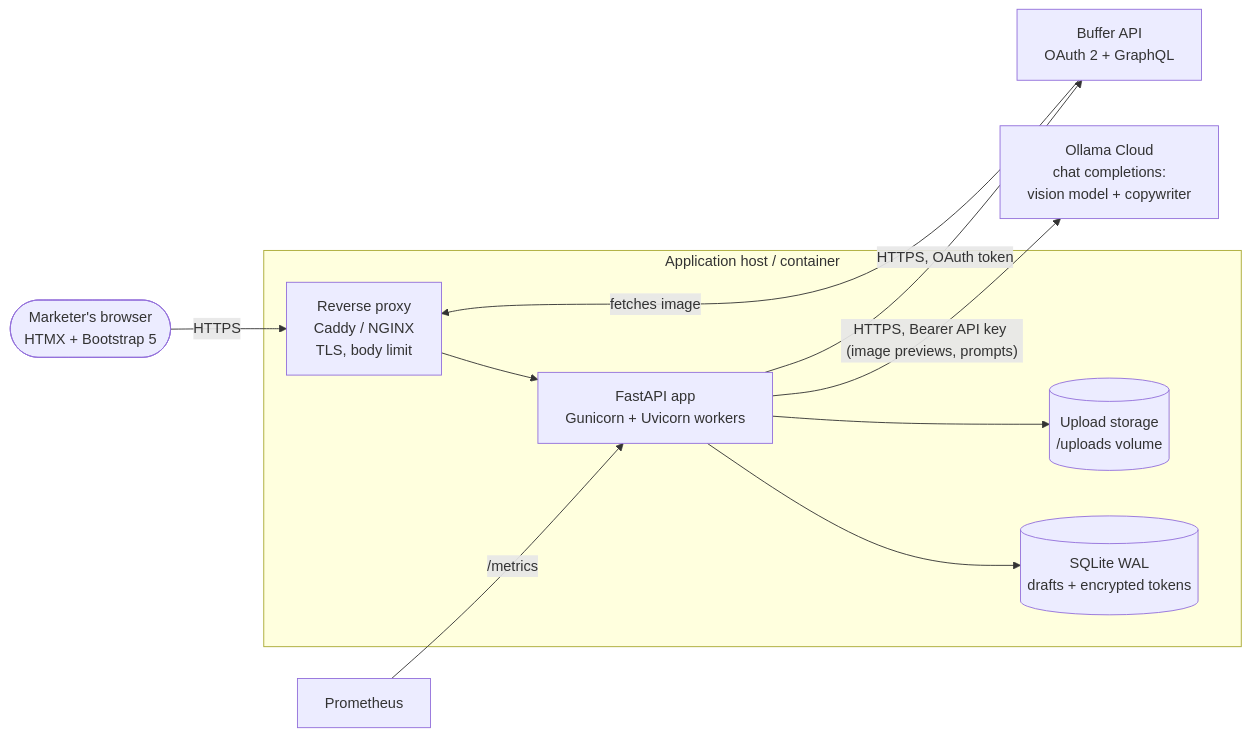
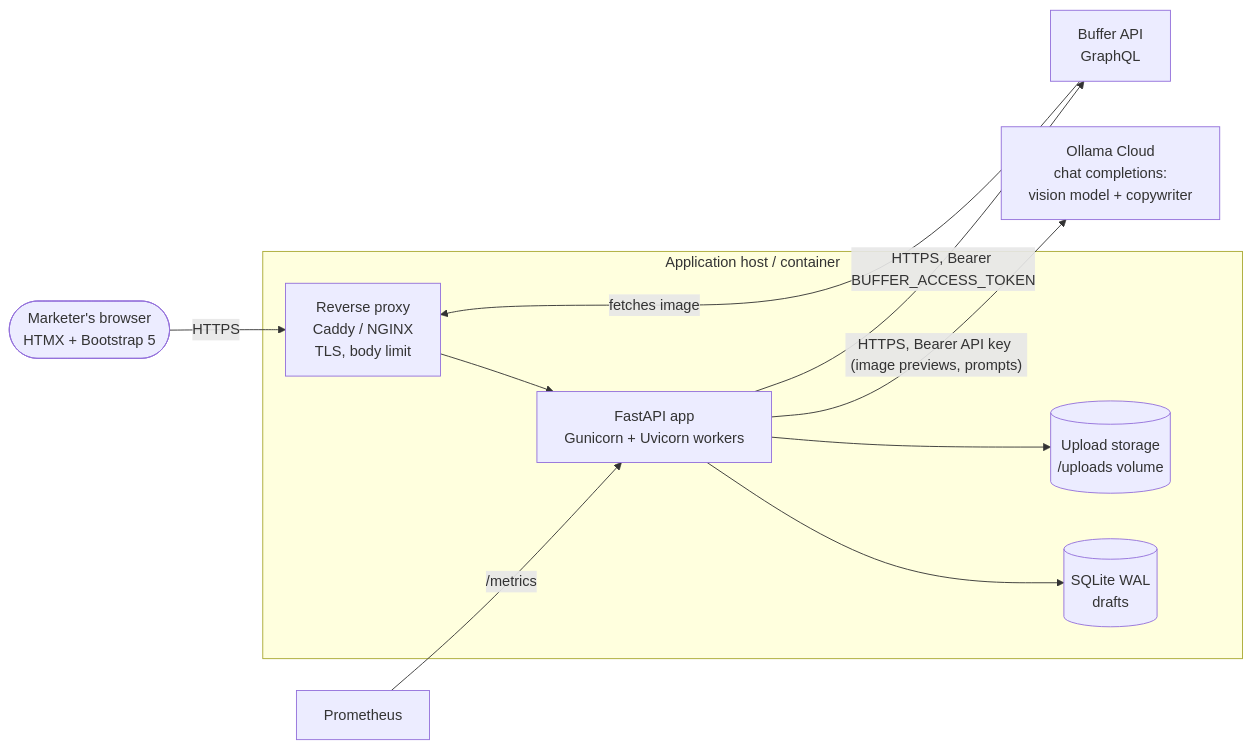
Before and after one commit to Aminul1993/Social-Booster: the first of 10 diagrams in docs/ARCHITECTURE.md, drawn with Mermaid. The commit also changed other lines of this file and 48 other files, not shown here.

````diff
--- a/docs/ARCHITECTURE.md
+++ b/docs/ARCHITECTURE.md
@@ -10,21 +10,21 @@
 ```mermaid
 flowchart LR
     user([Marketer's browser<br/>HTMX + Bootstrap 5])
     subgraph host[Application host / container]
         proxy[Reverse proxy<br/>Caddy / NGINX<br/>TLS, body limit]
         app[FastAPI app<br/>Gunicorn + Uvicorn workers]
-        db[(SQLite WAL<br/>drafts + encrypted tokens)]
+        db[(SQLite WAL<br/>drafts)]
         files[(Upload storage<br/>/uploads volume)]
     end
     ollama[Ollama Cloud<br/>chat completions:<br/>vision model + copywriter]
-    buffer[Buffer API<br/>OAuth 2 + GraphQL]
+    buffer[Buffer API<br/>GraphQL]
     prom[Prometheus]
 
     user -- HTTPS --> proxy --> app
     app --> db
     app --> files
     app -- "HTTPS, Bearer API key (image previews, prompts)" --> ollama
-    app -- HTTPS, OAuth token --> buffer
+    app -- "HTTPS, Bearer BUFFER_ACCESS_TOKEN" --> buffer
     buffer -- fetches image --> proxy
     prom -- /metrics --> app
 ```
````
